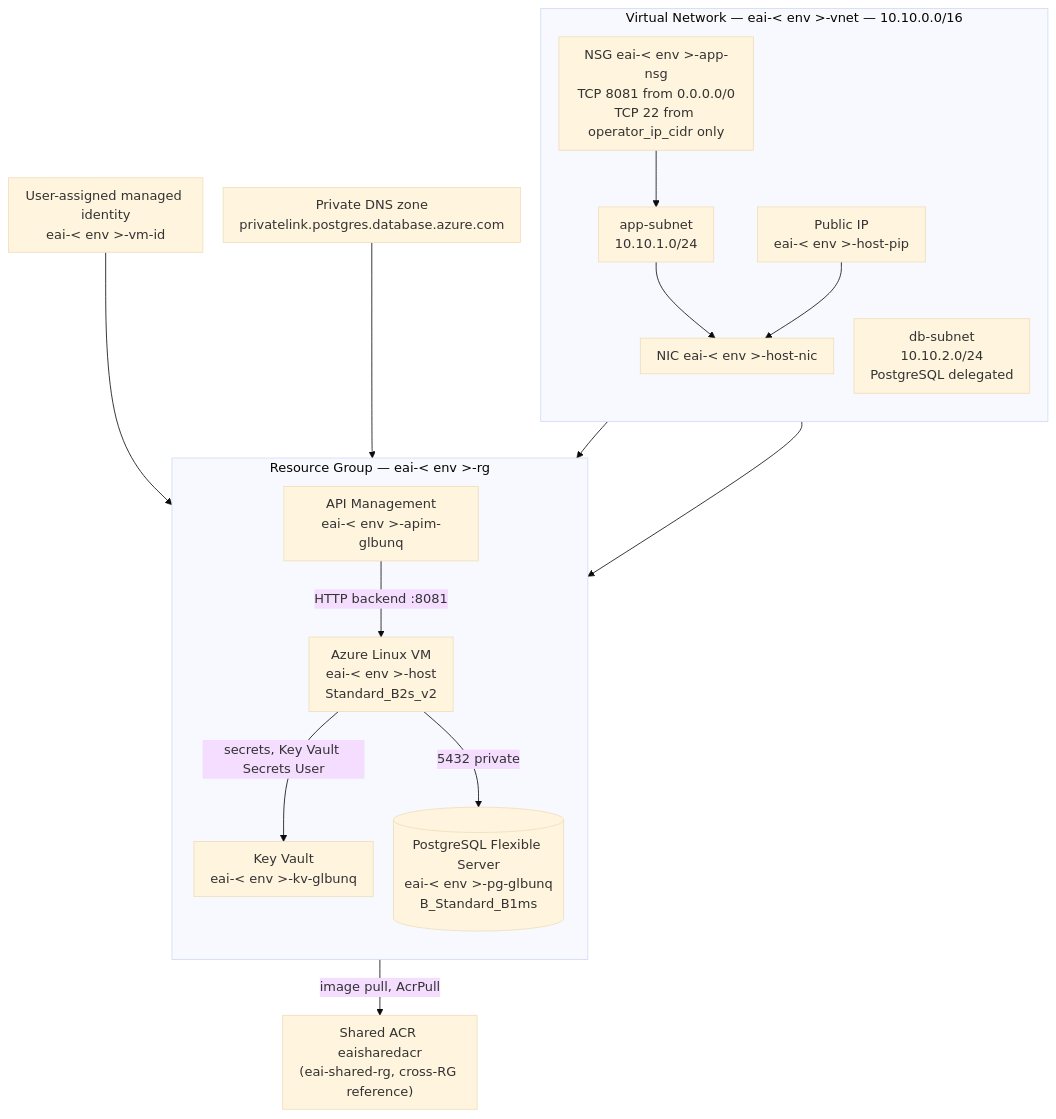
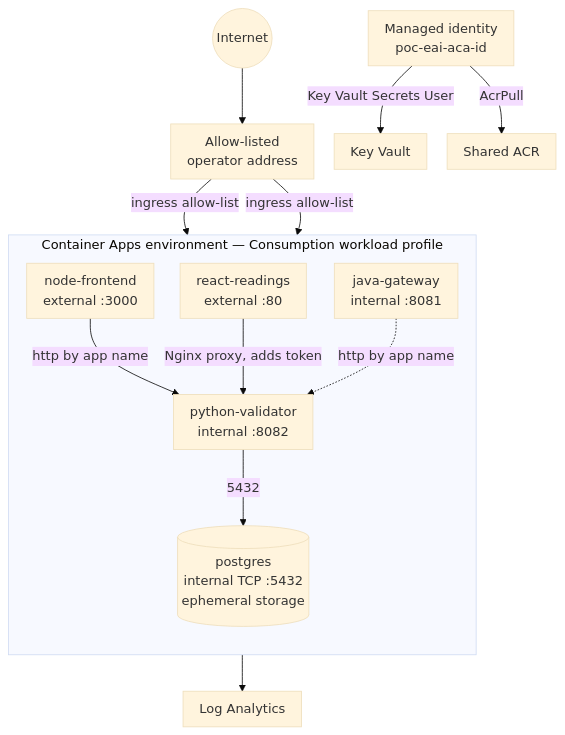
The second of 4 diagrams in docs/INFRA_VIEW_AZURE.md (nikmar0808/eai-azure-poc), drawn with Mermaid before and after one commit. The commit also changed other lines of this file and 2 other files, not shown here.

````diff
--- a/docs/INFRA_VIEW_AZURE.md
+++ b/docs/INFRA_VIEW_AZURE.md
@@ -67,36 +51,31 @@
 ```mermaid
 %%{init: {"theme":"base","themeVariables":{"fontFamily":"Arial","fontSize":"16px"},"flowchart":{"nodeSpacing":25,"rankSpacing":45,"padding":10}}}%%
 flowchart TB
-    subgraph RG["Resource Group — eai-< env >-rg"]
+    Internet(("Internet"))
+    OperatorIP["Allow-listed\noperator address"]
+
+    subgraph ENV["Container Apps environment — Consumption workload profile"]
         direction TB
-        APIM["API Management\neai-< env >-apim-glbunq"]
-        KV["Key Vault\neai-< env >-kv-glbunq"]
-        VM["Azure Linux VM\neai-< env >-host\nStandard_B2s_v2"]
-        PG[("PostgreSQL Flexible Server\neai-< env >-pg-glbunq\nB_Standard_B1ms")]
+        Node["node-frontend\nexternal :3000"]
+        React["react-readings\nexternal :80"]
+        Python["python-validator\ninternal :8082"]
+        Java["java-gateway\ninternal :8081"]
+        PG[("postgres\ninternal TCP :5432\nephemeral storage")]
     end
 
-    subgraph VNET["Virtual Network — eai-< env >-vnet — 10.10.0.0/16"]
-        direction TB
-        S1["app-subnet\n10.10.1.0/24"]
-        S2["db-subnet\n10.10.2.0/24\nPostgreSQL delegated"]
-        NSG["NSG eai-< env >-app-nsg\nTCP 8081 from 0.0.0.0/0\nTCP 22 from operator_ip_cidr only"]
-        PIP["Public IP\neai-< env >-host-pip"]
-        NIC["NIC eai-< env >-host-nic"]
-    end
+    KV["Key Vault"]
+    ACR["Shared ACR"]
+    MI["Managed identity\npoc-eai-aca-id"]
+    LAW["Log Analytics"]
 
-    MI["User-assigned managed identity\neai-< env >-vm-id"]
-    DNS["Private DNS zone\nprivatelink.postgres.database.azure.com"]
-    ACR["Shared ACR eaisharedacr\n(eai-shared-rg, cross-RG reference)"]
-
-    S1 --> NIC
-    NSG --> S1
-    PIP --> NIC
-    NIC --> VM
-    MI --> VM
-    S2 --> PG
-    DNS --> PG
-    APIM -->|HTTP backend :8081| VM
-    VM -->|image pull, AcrPull| ACR
-    VM -->|secrets, Key Vault Secrets User| KV
-    VM -->|5432 private| PG
+    Internet --> OperatorIP
+    OperatorIP -->|"ingress allow-list"| Node
+    OperatorIP -->|"ingress allow-list"| React
+    Node -->|"http by app name"| Python
+    React -->|"Nginx proxy, adds token"| Python
+    Java -.->|"http by app name"| Python
+    Python -->|"5432"| PG
+    MI -->|"AcrPull"| ACR
+    MI -->|"Key Vault Secrets User"| KV
+    ENV --> LAW
 ```
````
